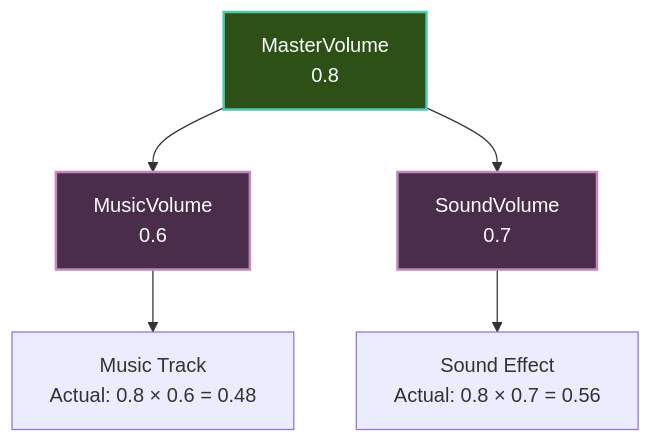
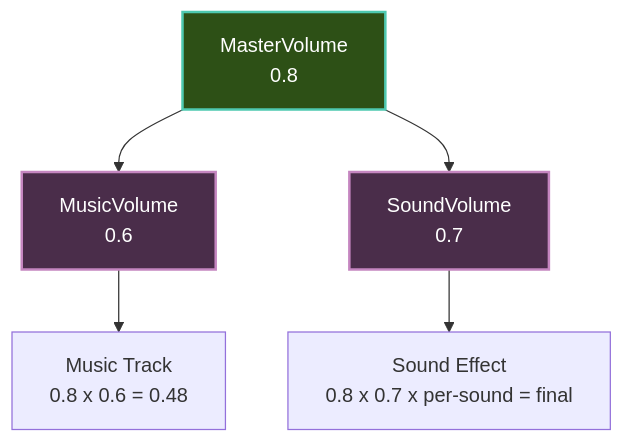
Before and after one commit to CrazyPickleStudios/Brine2D-Documentation: the second of 2 diagrams in docs/audio/getting-started.md, drawn with Mermaid. The commit also changed other lines of this file and 4 other files, not shown here.

````diff
--- a/docs/audio/getting-started.md
+++ b/docs/audio/getting-started.md
@@ -568,13 +367,13 @@
 ```mermaid
 graph TB
     A[MasterVolume<br/>0.8]
     A --> B[MusicVolume<br/>0.6]
     A --> C[SoundVolume<br/>0.7]
-    
-    B --> D[Music Track<br/>Actual: 0.8 × 0.6 = 0.48]
-    C --> E[Sound Effect<br/>Actual: 0.8 × 0.7 = 0.56]
-    
+
+    B --> D[Music Track<br/>0.8 x 0.6 = 0.48]
+    C --> E[Sound Effect<br/>0.8 x 0.7 x per-sound = final]
+
     style A fill:#2d5016,stroke:#4ec9b0,stroke-width:2px,color:#fff
     style B fill:#4a2d4a,stroke:#c586c0,stroke-width:2px,color:#fff
     style C fill:#4a2d4a,stroke:#c586c0,stroke-width:2px,color:#fff
 ```
````
